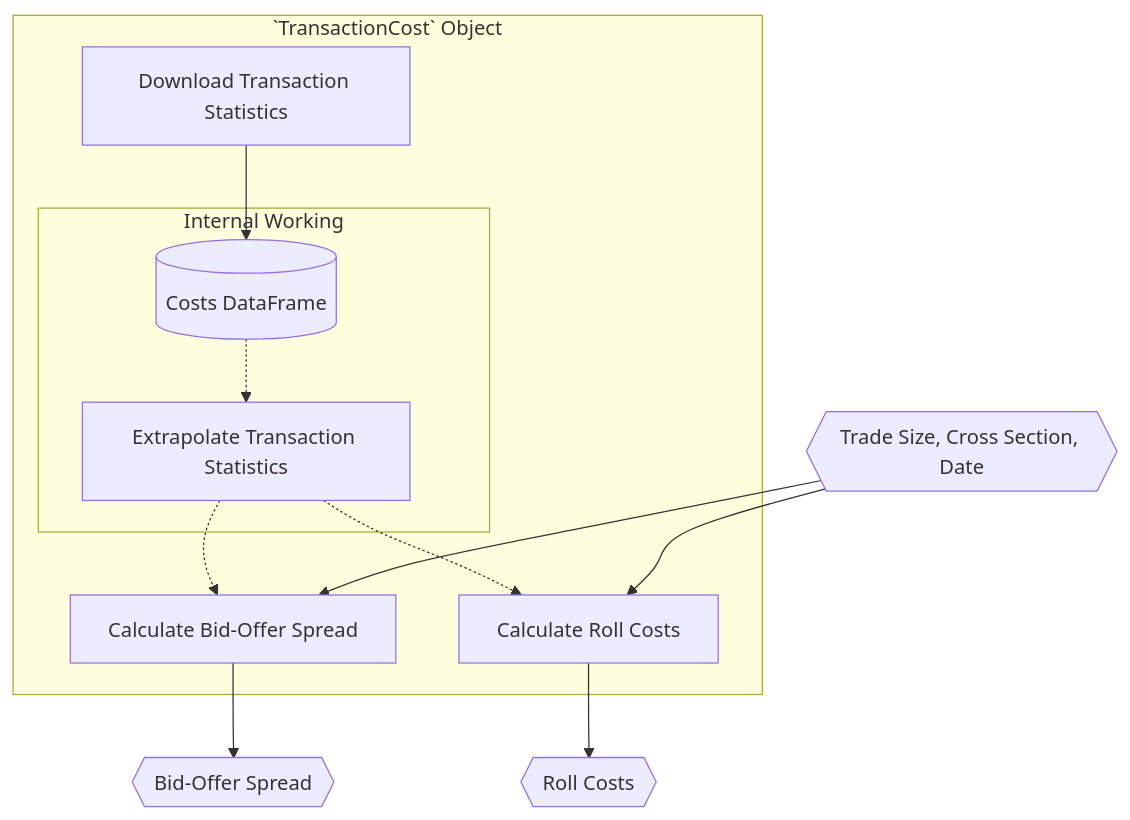
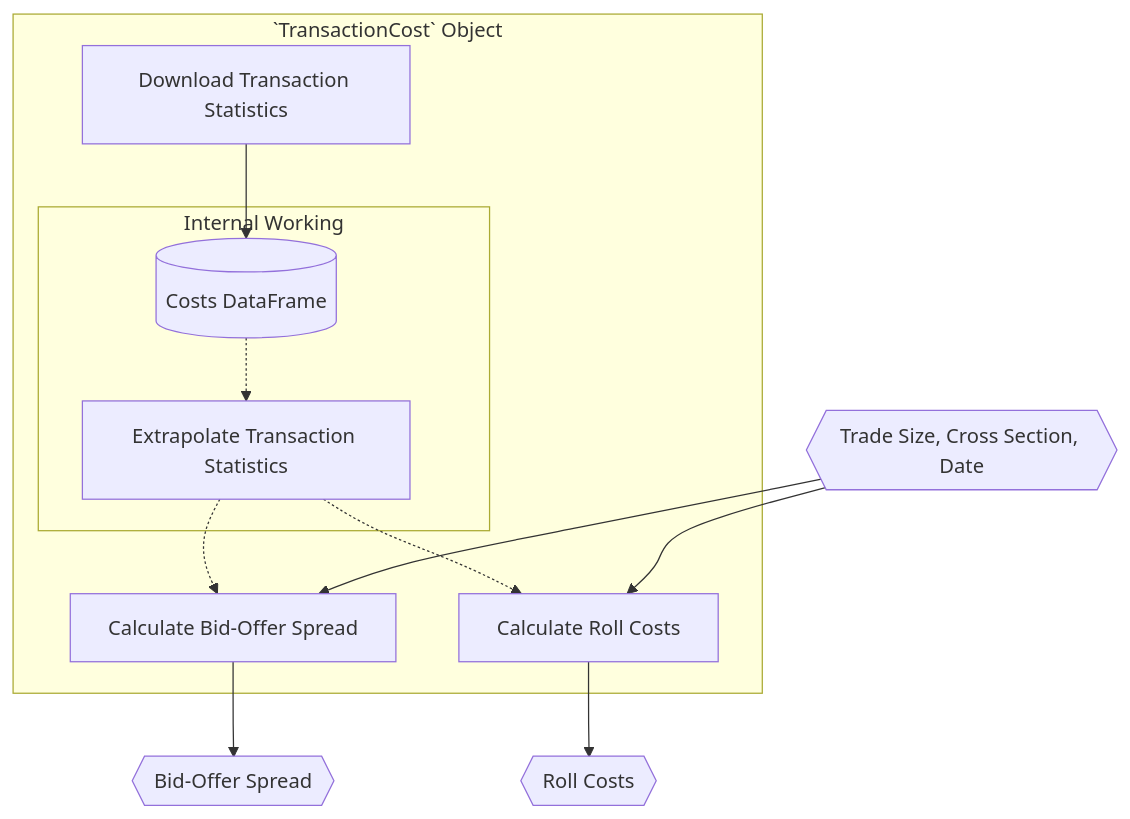
The fourth of 4 diagrams in macrosynergy/pnl/README.md (macrosynergy/macrosynergy), drawn with Mermaid before and after one commit. The commit also changed other lines of this file, not shown here.

````diff
--- a/macrosynergy/pnl/README.md
+++ b/macrosynergy/pnl/README.md
@@ -161,22 +158,21 @@
 ```{mermaid}
-%%{init: {"flowchart": {"htmlLabels": false}} }%%
 flowchart TD
 
 
   subgraph TCObj[`TransactionCost` Object]
     TCDownload[Download Transaction Statistics] --> CostDF[(Costs DataFrame)]
 
 
     subgraph TCINTMETHODS[Internal Working]
       CostDF -.-> TCExtrapolate[Extrapolate Transaction Statistics]
     end
     TCExtrapolate -.-> TCBidOffer[Calculate Bid-Offer Spread]
     TCExtrapolate -.-> TCRoll[Calculate Roll Costs]
   end
   POSITION{{Trade Size, Cross Section, Date}}
   BIDOFFER{{Bid-Offer Spread}}
   ROLLCOST{{Roll Costs}}
   POSITION --> TCBidOffer --> BIDOFFER
   POSITION --> TCRoll --> ROLLCOST
 
 ```
````
